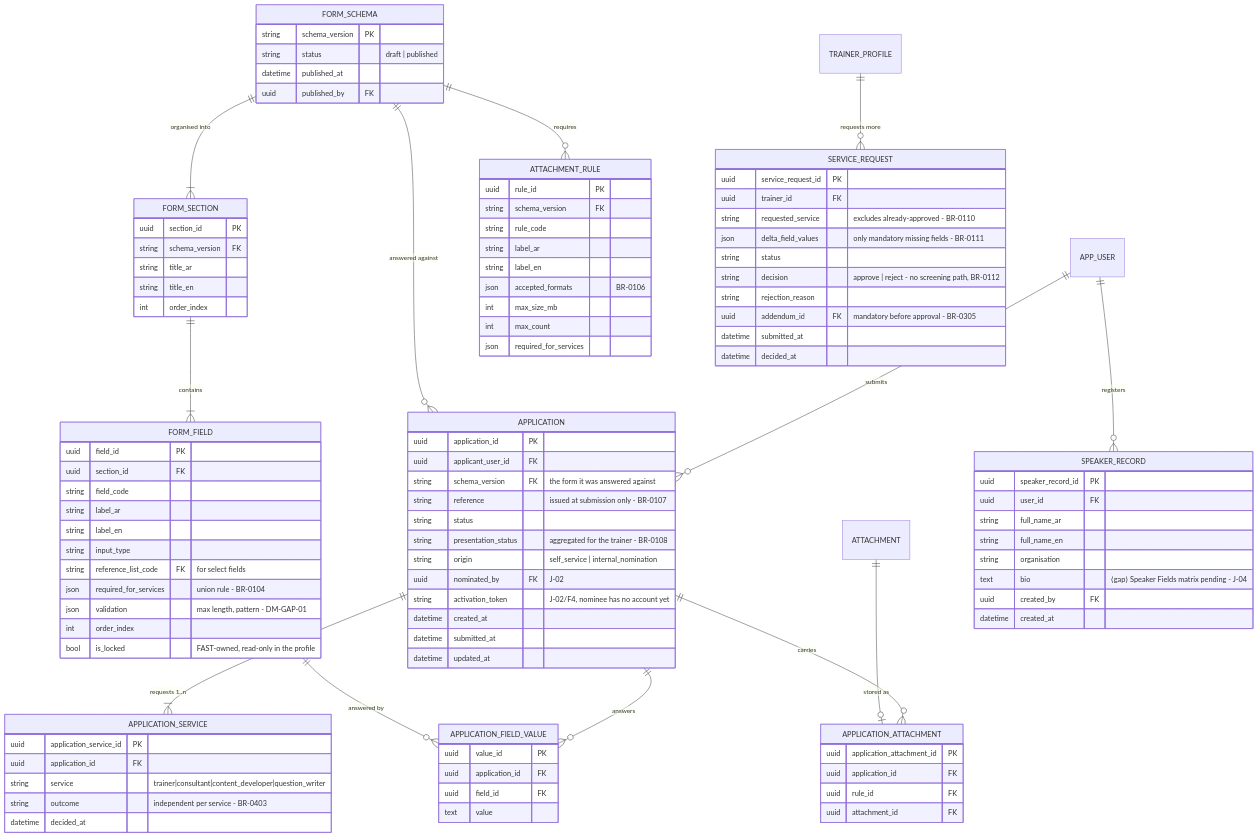
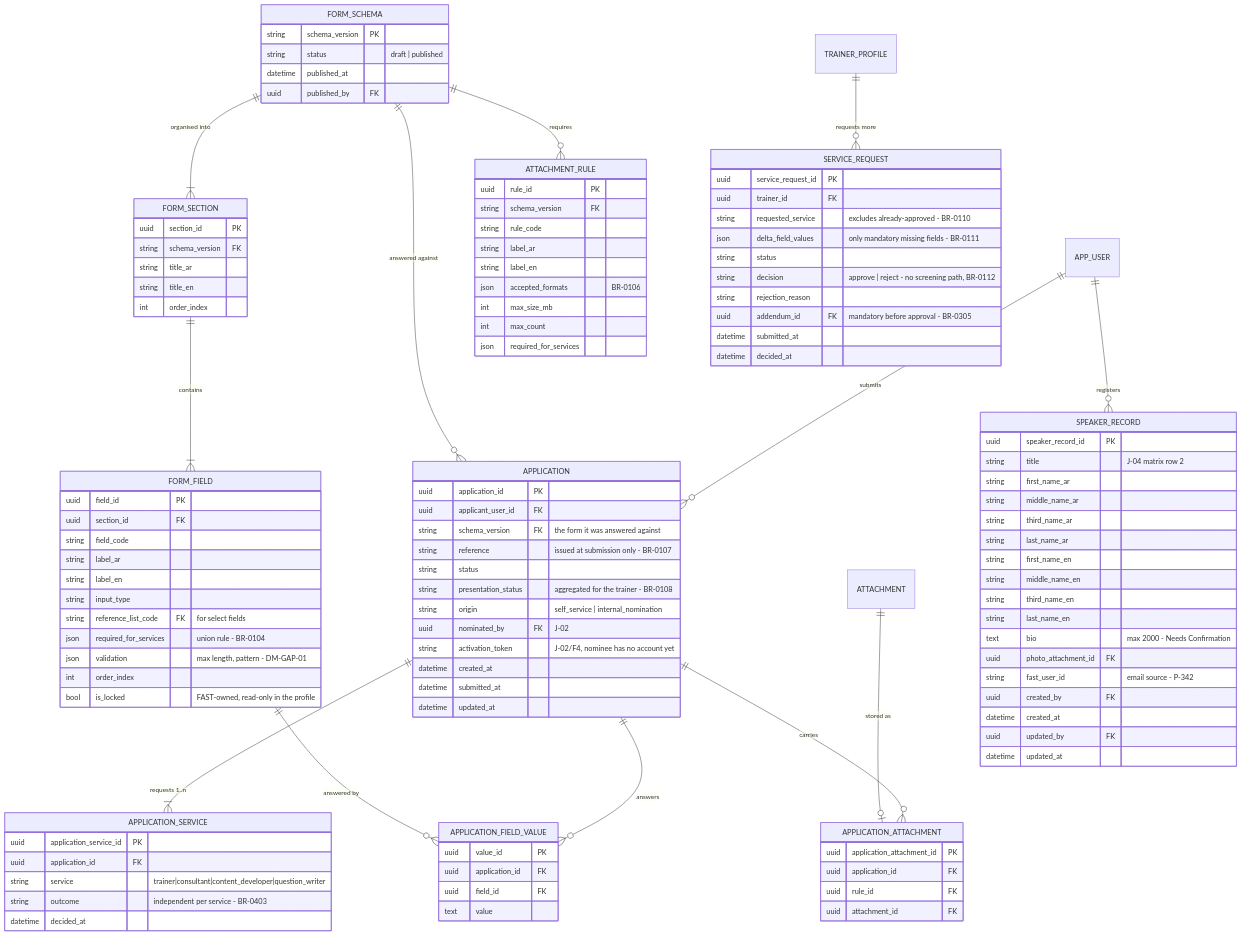
The fourth of 13 diagrams in docs/specification/10_DATABASE_DESIGN.md (JawadQurban/fa-expert-platform), drawn with Mermaid before and after one commit. The commit also changed 21 other files, not shown here.

````diff
--- a/docs/specification/10_DATABASE_DESIGN.md
+++ b/docs/specification/10_DATABASE_DESIGN.md
@@ -396,12 +396,21 @@
   }
   SPEAKER_RECORD {
     uuid speaker_record_id PK
-    uuid user_id FK
-    string full_name_ar
-    string full_name_en
-    string organisation
-    text bio "⟨gap⟩ Speaker Fields matrix pending - J-04"
+    string title "J-04 matrix row 2"
+    string first_name_ar
+    string middle_name_ar
+    string third_name_ar
+    string last_name_ar
+    string first_name_en
+    string middle_name_en
+    string third_name_en
+    string last_name_en
+    text bio "max 2000 - Needs Confirmation"
+    uuid photo_attachment_id FK
+    string fast_user_id "email source - P-342"
     uuid created_by FK
     datetime created_at
+    uuid updated_by FK
+    datetime updated_at
   }
 ```
````
